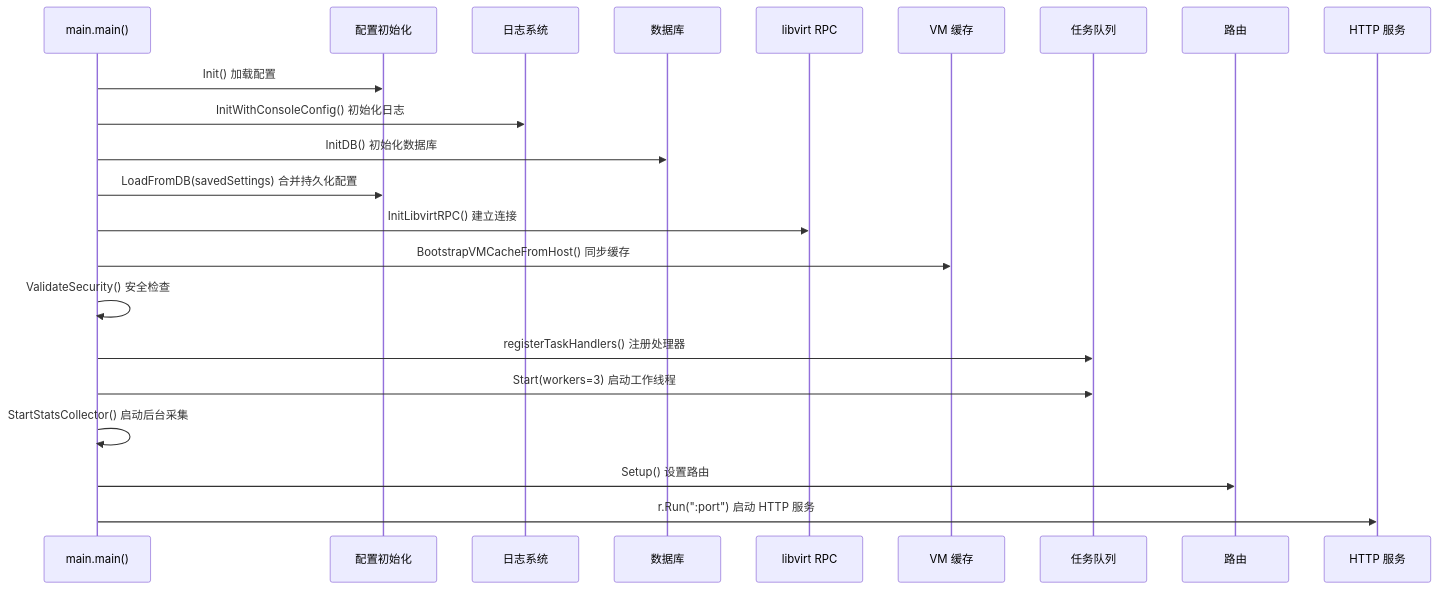
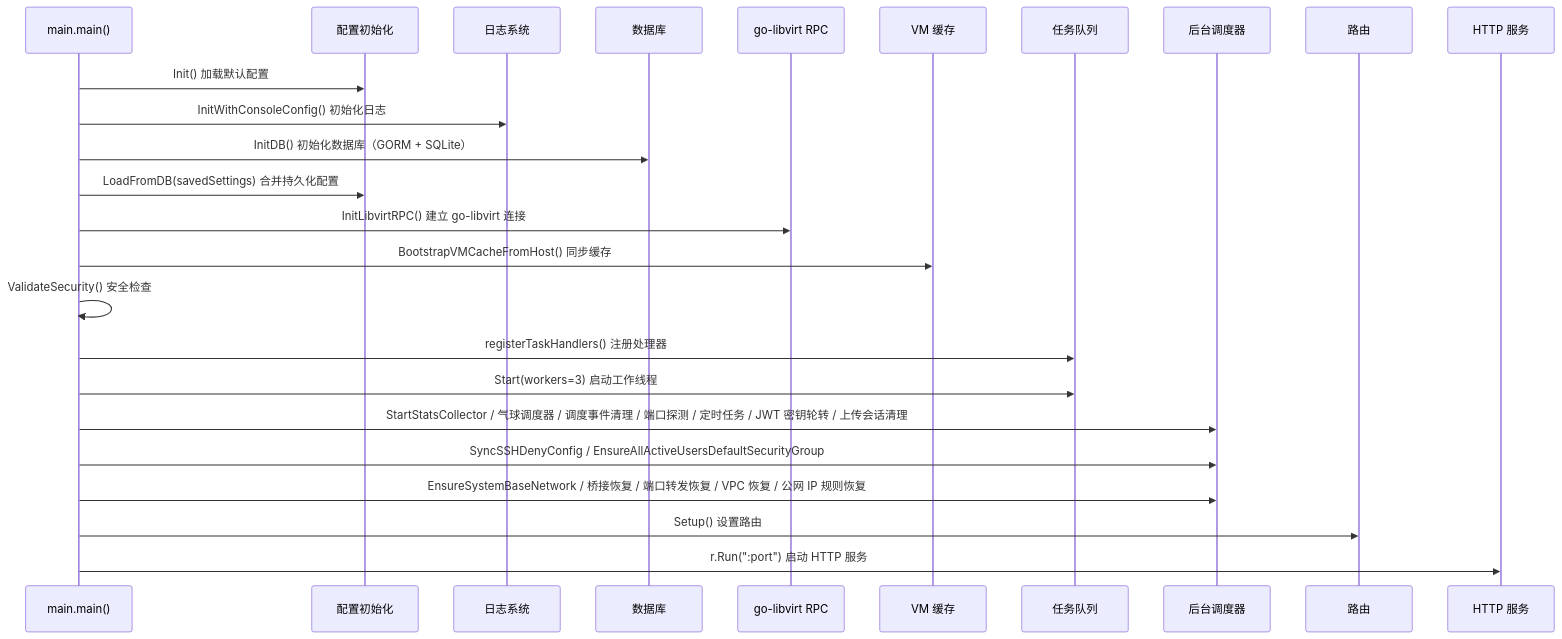
The second of 18 diagrams in docs/feature-analysis/qvmconsole-architecture.mdx (QVMConsole/docs), drawn with Mermaid before and after one commit. The commit also changed other lines of this file and 6 other files, not shown here.

````diff
--- a/docs/feature-analysis/qvmconsole-architecture.mdx
+++ b/docs/feature-analysis/qvmconsole-architecture.mdx
@@ -133,25 +153,28 @@
 ```mermaid
 sequenceDiagram
     participant Main as main.main()
     participant Cfg as 配置初始化
     participant Log as 日志系统
     participant DB as 数据库
-    participant RPC as libvirt RPC
+    participant RPC as go-libvirt RPC
     participant Cache as VM 缓存
     participant Task as 任务队列
+    participant Sched as 后台调度器
     participant Router as 路由
     participant HTTP as HTTP 服务
 
-    Main->>Cfg: Init() 加载配置
+    Main->>Cfg: Init() 加载默认配置
     Main->>Log: InitWithConsoleConfig() 初始化日志
-    Main->>DB: InitDB() 初始化数据库
+    Main->>DB: InitDB() 初始化数据库（GORM + SQLite）
     Main->>Cfg: LoadFromDB(savedSettings) 合并持久化配置
-    Main->>RPC: InitLibvirtRPC() 建立连接
+    Main->>RPC: InitLibvirtRPC() 建立 go-libvirt 连接
     Main->>Cache: BootstrapVMCacheFromHost() 同步缓存
     Main->>Main: ValidateSecurity() 安全检查
     Main->>Task: registerTaskHandlers() 注册处理器
     Main->>Task: Start(workers=3) 启动工作线程
-    Main->>Main: StartStatsCollector() 启动后台采集
+    Main->>Sched: StartStatsCollector / 气球调度器 / 调度事件清理 / 端口探测 / 定时任务 / JWT 密钥轮转 / 上传会话清理
+    Main->>Sched: SyncSSHDenyConfig / EnsureAllActiveUsersDefaultSecurityGroup
+    Main->>Sched: EnsureSystemBaseNetwork / 桥接恢复 / 端口转发恢复 / VPC 恢复 / 公网 IP 规则恢复
     Main->>Router: Setup() 设置路由
     Main->>HTTP: r.Run(":port") 启动 HTTP 服务
 ```
````
